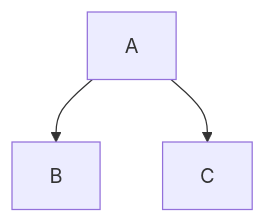
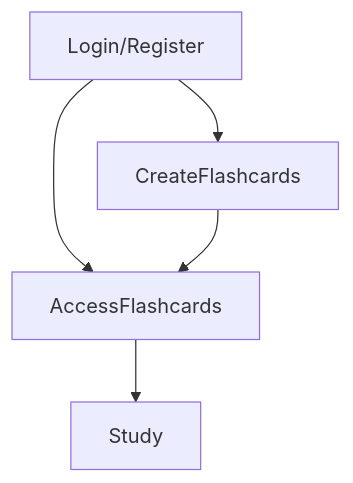
The diagram in docs/value-proposition.md (nadir-tabouni/Lumen), drawn with Mermaid before and after one commit.

Commit message:
test mermaid

````diff
--- a/docs/value-proposition.md
+++ b/docs/value-proposition.md
@@ -47,5 +47,7 @@
 ```mermaid
-graph TD;
-    A-->B;
-    A-->C;
+flowchart TD;
+   Login/Register-->CreateFlashcards;
+   Login/Register-->AccessFlashcards;
+   CreateFlashcards-->AccessFlashcards;
+   AccessFlashcards-->Study;
 ```
````
